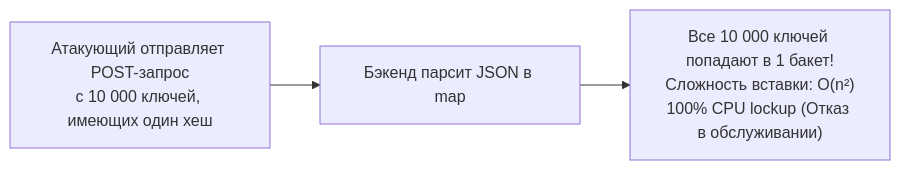
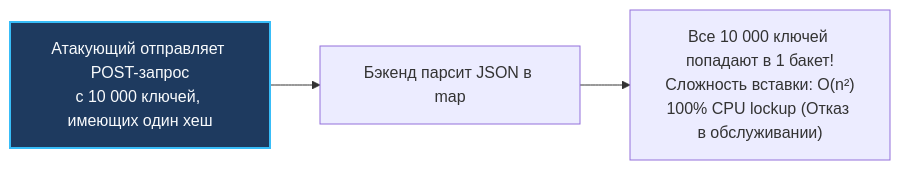
The third of 3 diagrams in sources/20. Алгоритмы и структуры данных (DSA) на Go/03. Хеширование/1. Хеш функции и равномерность распределения.md (UnrealTemplier/go-textbook), drawn with Mermaid before and after one commit. The commit also changed other lines of this file and 1666 other files, not shown here.

First line of the commit message:
feat(mermaid): add semantic color classDef to 1369 colorless flowchart/graph diagrams

````diff
--- a/sources/20. Алгоритмы и структуры данных (DSA) на Go/03. Хеширование/1. Хеш функции и равномерность распределения.md
+++ b/sources/20. Алгоритмы и структуры данных (DSA) на Go/03. Хеширование/1. Хеш функции и равномерность распределения.md
@@ -128,5 +148,15 @@
 ```mermaid
 flowchart LR
-    Attacker["Атакующий отправляет POST-запрос<br/>с 10 000 ключей, имеющих один хеш"] --> Server["Бэкенд парсит JSON в map"]
+    classDef process  fill:#1e293b,stroke:#38bdf8,stroke-width:1px,color:#f8fafc
+    classDef success  fill:#064e3b,stroke:#34d399,stroke-width:1px,color:#f8fafc
+    classDef error    fill:#7f1d1d,stroke:#f87171,stroke-width:1px,color:#f8fafc
+    classDef warning  fill:#78350f,stroke:#fbbf24,stroke-width:1px,color:#f8fafc
+    classDef entry    fill:#1e3a5f,stroke:#38bdf8,stroke-width:2px,color:#f8fafc
+    classDef aux      fill:#334155,stroke:#64748b,stroke-width:1px,color:#f8fafc
+    classDef system   fill:#312e81,stroke:#a78bfa,stroke-width:1px,color:#f8fafc
+    classDef data     fill:#132d29,stroke:#2dd4bf,stroke-width:1px,color:#f8fafc
+    classDef network  fill:#881337,stroke:#fb7185,stroke-width:1px,color:#f8fafc
+    classDef accent   fill:#1e1b4b,stroke:#818cf8,stroke-width:1px,color:#f8fafc
+    Attacker["Атакующий отправляет POST-запрос<br/>с 10 000 ключей, имеющих один хеш"]:::entry --> Server["Бэкенд парсит JSON в map"]
     Server --> Collapse["Все 10 000 ключей попадают в 1 бакет!<br/>Сложность вставки: O(n²)<br/>100% CPU lockup (Отказ в обслуживании)"]
 ```
````
